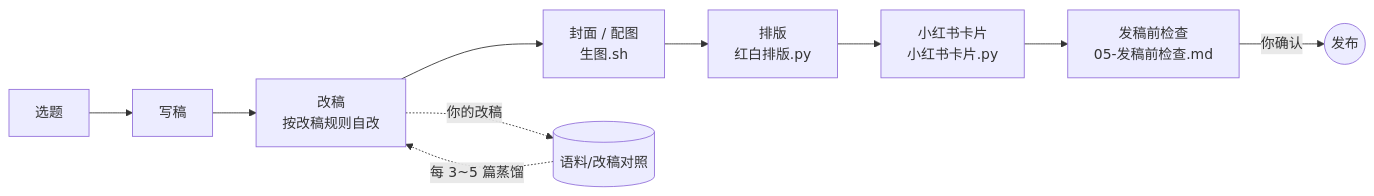
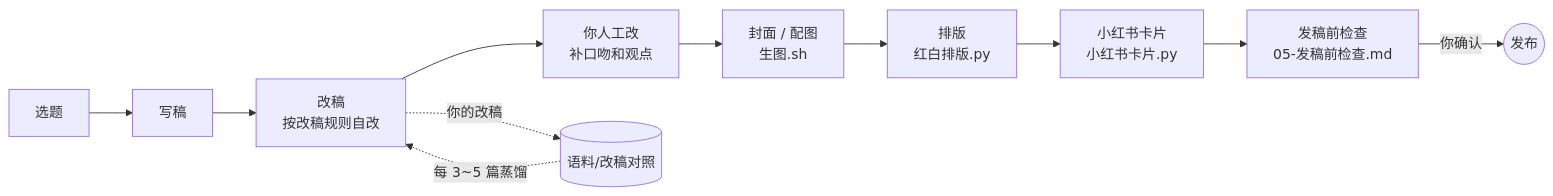
One commit to yan9651688/wechat-creator-agent changed the diagram in README.md. Above: the diagram before and after it, drawn with Mermaid. The commit also changed other lines of this file and 5 other files, not shown here.

````diff
--- a/README.md
+++ b/README.md
@@ -52,12 +54,13 @@
 ```mermaid
 flowchart LR
     A[选题] --> B[写稿]
     B --> C[改稿<br/>按改稿规则自改]
-    C --> D[封面 / 配图<br/>生图.sh]
+    C --> M[你人工改<br/>补口吻和观点]
+    M --> D[封面 / 配图<br/>生图.sh]
     D --> E[排版<br/>红白排版.py]
     E --> F[小红书卡片<br/>小红书卡片.py]
     F --> G[发稿前检查<br/>05-发稿前检查.md]
     G -->|你确认| H((发布))
     C -. 你的改稿 .-> R[(语料/改稿对照)]
     R -. 每 3~5 篇蒸馏 .-> C
 ```
````
